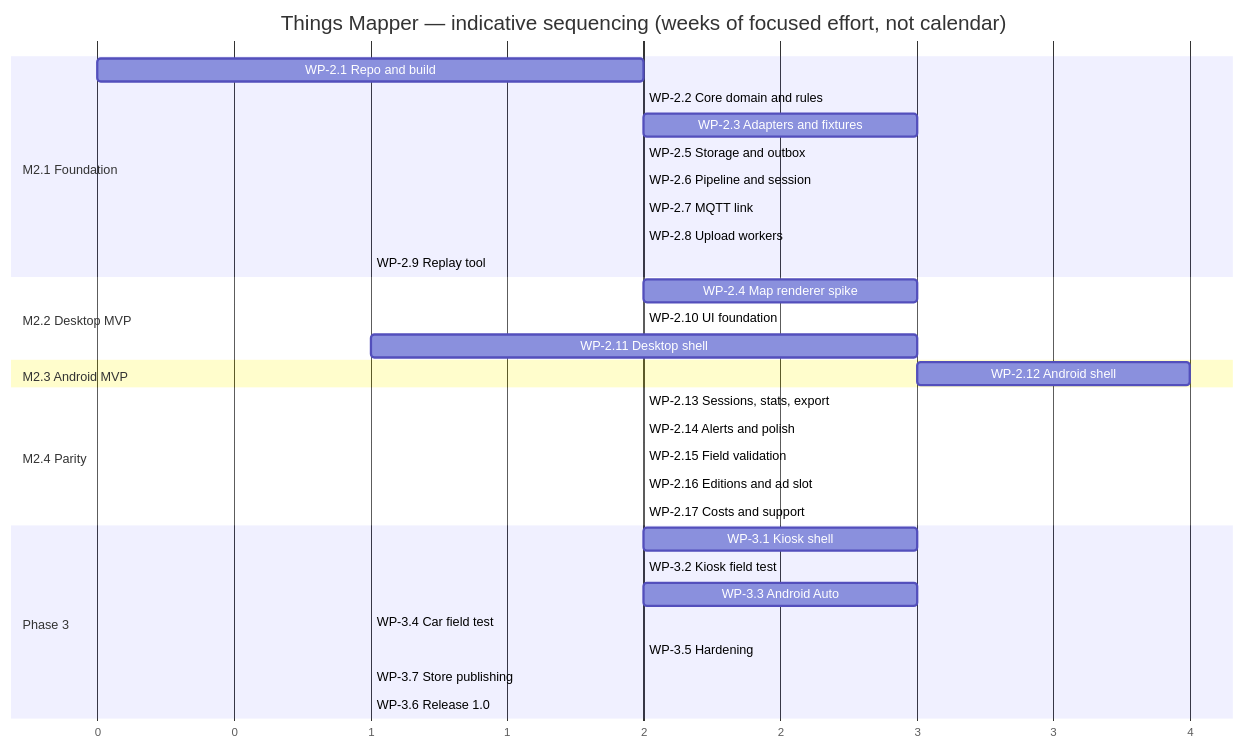
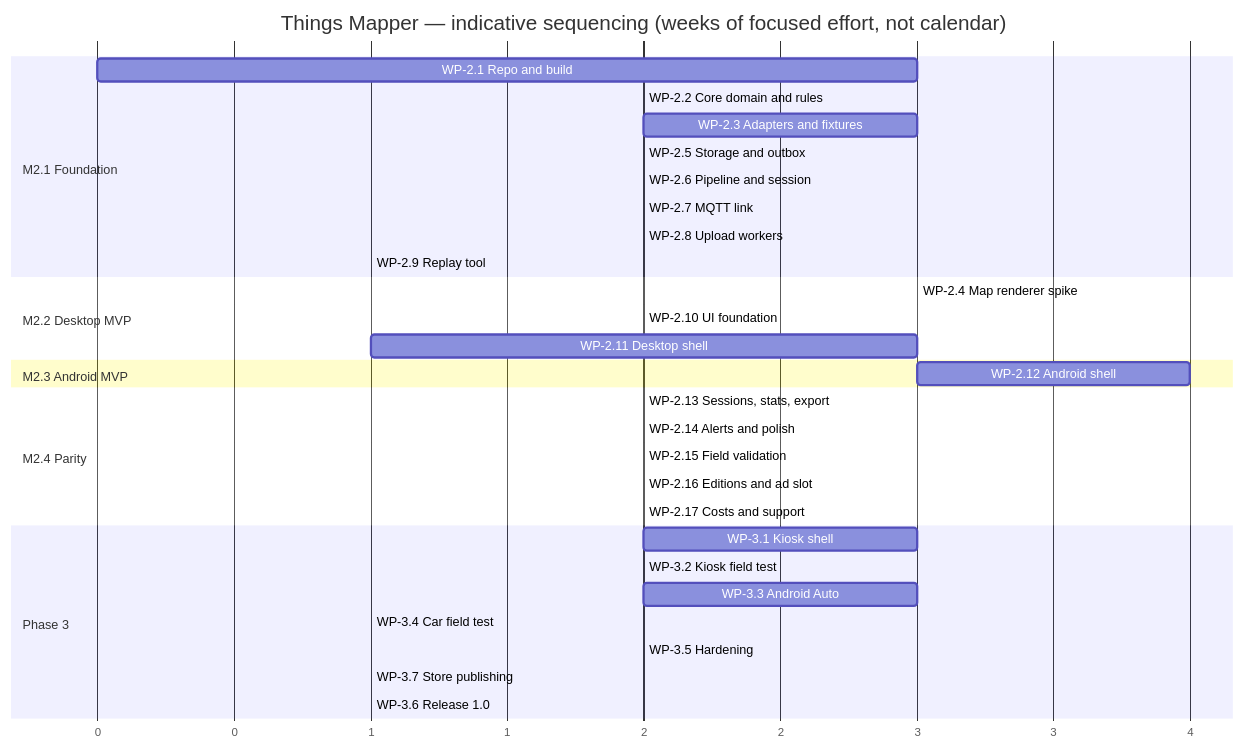
The diagram in design/07-implementation-plan.md (pe1mew/Things-Mapper), drawn with Mermaid before and after one commit. The commit also changed other lines of this file and 13 other files, not shown here.

````diff
--- a/design/07-implementation-plan.md
+++ b/design/07-implementation-plan.md
@@ -110,35 +115,35 @@
 ```mermaid
 gantt
     title Things Mapper — indicative sequencing (weeks of focused effort, not calendar)
     dateFormat  X
     axisFormat  %s
     section M2.1 Foundation
-    WP-2.1 Repo and build          :a1, 0, 2
+    WP-2.1 Repo and build          :a1, 0, 3
     WP-2.2 Core domain and rules   :a2, after a1, 2
     WP-2.3 Adapters and fixtures   :a3, after a2, 3
     WP-2.5 Storage and outbox      :a5, after a2, 2
     WP-2.6 Pipeline and session    :a6, after a5, 2
     WP-2.7 MQTT link               :a7, after a6, 2
     WP-2.8 Upload workers          :a8, after a6, 2
     WP-2.9 Replay tool             :a9, after a7, 1
     section M2.2 Desktop MVP
     WP-2.4 Map renderer spike      :b4, after a1, 3
     WP-2.10 UI foundation          :b10, after a1, 2
     WP-2.11 Desktop shell          :b11, after a9, 3
     section M2.3 Android MVP
     WP-2.12 Android shell          :c12, after b11, 4
     section M2.4 Parity
     WP-2.13 Sessions, stats, export:d13, after c12, 2
     WP-2.14 Alerts and polish      :d14, after d13, 2
     WP-2.15 Field validation       :d15, after d14, 2
     WP-2.16 Editions and ad slot   :d16, after c12, 2
     WP-2.17 Costs and support      :d17, after d16, 2
     section Phase 3
     WP-3.1 Kiosk shell             :e1, after d15, 3
     WP-3.2 Kiosk field test        :e2, after e1, 2
     WP-3.3 Android Auto            :e3, after d15, 3
     WP-3.4 Car field test          :e4, after e3, 1
     WP-3.5 Hardening               :e5, after e2, 2
     WP-3.7 Store publishing        :e7, after e5, 1
     WP-3.6 Release 1.0             :e6, after e7, 1
 ```
````
